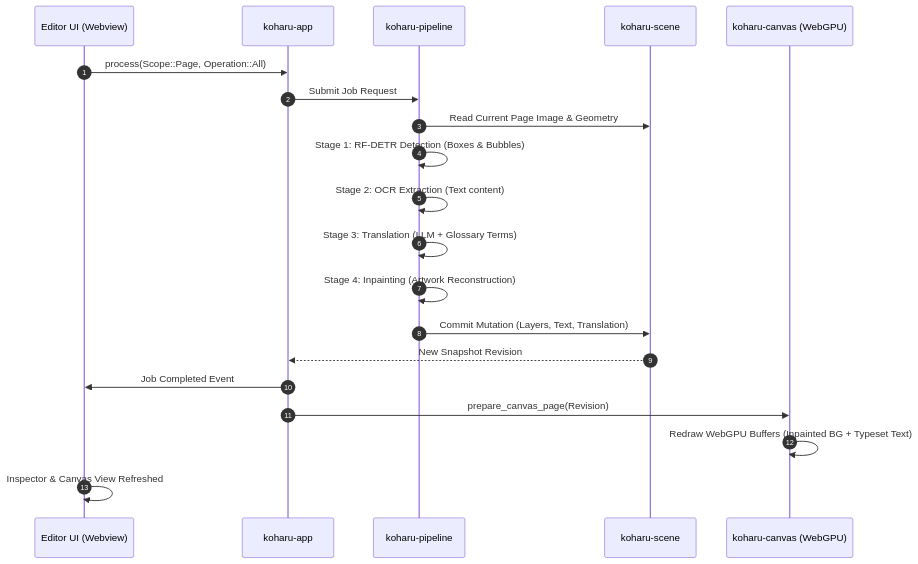
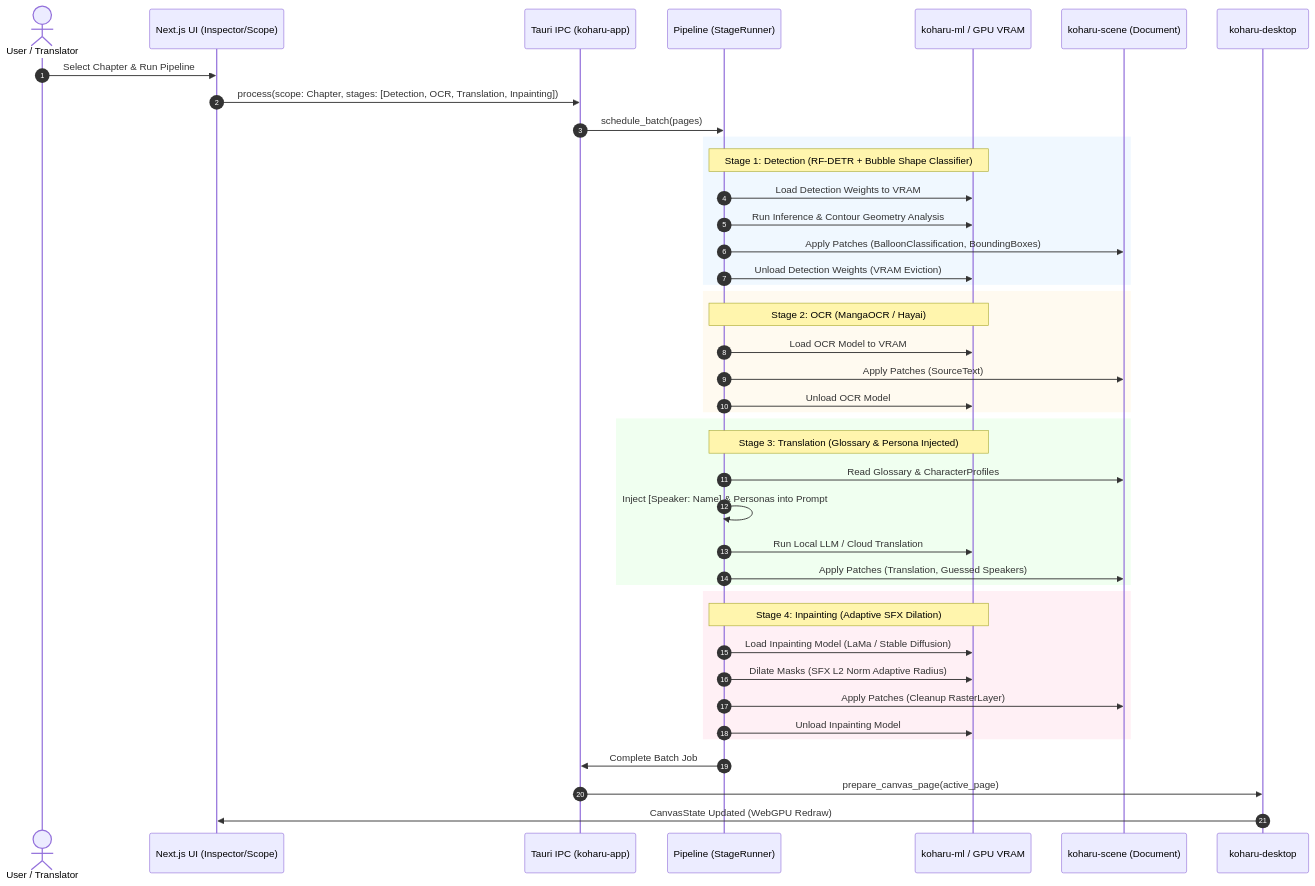
Before and after one commit to T3PM/koharu-custom: the second of 2 diagrams in GEMINI_CONTEXT.md, drawn with Mermaid. The commit also changed other lines of this file and 5 other files, not shown here.

````diff
--- a/GEMINI_CONTEXT.md
+++ b/GEMINI_CONTEXT.md
@@ -179,23 +179,50 @@
 ```mermaid
 sequenceDiagram
     autonumber
-    participant UI as Editor UI (Webview)
-    participant App as koharu-app
-    participant Pipeline as koharu-pipeline
-    participant Scene as koharu-scene
-    participant Canvas as koharu-canvas (WebGPU)
+    actor User as User / Translator
+    participant UI as Next.js UI (Inspector/Scope)
+    participant IPC as Tauri IPC (koharu-app)
+    participant Pipe as Pipeline (StageRunner)
+    participant ML as koharu-ml / GPU VRAM
+    participant Scene as koharu-scene (Document)
+    participant Desktop as koharu-desktop
 
-    UI->>App: process(Scope::Page, Operation::All)
-    App->>Pipeline: Submit Job Request
-    Pipeline->>Scene: Read Current Page Image & Geometry
-    Pipeline->>Pipeline: Stage 1: RF-DETR Detection (Boxes & Bubbles)
-    Pipeline->>Pipeline: Stage 2: OCR Extraction (Text content)
-    Pipeline->>Pipeline: Stage 3: Translation (LLM + Glossary Terms)
-    Pipeline->>Pipeline: Stage 4: Inpainting (Artwork Reconstruction)
-    Pipeline->>Scene: Commit Mutation (Layers, Text, Translation)
-    Scene-->>App: New Snapshot Revision
-    App->>UI: Job Completed Event
-    App->>Canvas: prepare_canvas_page(Revision)
-    Canvas->>Canvas: Redraw WebGPU Buffers (Inpainted BG + Typeset Text)
-    UI->>UI: Inspector & Canvas View Refreshed
+    User->>UI: Select Chapter & Run Pipeline
+    UI->>IPC: process(scope: Chapter, stages: [Detection, OCR, Translation, Inpainting])
+    IPC->>Pipe: schedule_batch(pages)
+    
+    rect rgb(240, 248, 255)
+        Note over Pipe,ML: Stage 1: Detection (RF-DETR + Bubble Shape Classifier)
+        Pipe->>ML: Load Detection Weights to VRAM
+        Pipe->>ML: Run Inference & Contour Geometry Analysis
+        Pipe->>Scene: Apply Patches (BalloonClassification, BoundingBoxes)
+        Pipe->>ML: Unload Detection Weights (VRAM Eviction)
+    end
+
+    rect rgb(255, 250, 240)
+        Note over Pipe,ML: Stage 2: OCR (MangaOCR / Hayai)
+        Pipe->>ML: Load OCR Model to VRAM
+        Pipe->>Scene: Apply Patches (SourceText)
+        Pipe->>ML: Unload OCR Model
+    end
+
+    rect rgb(240, 255, 240)
+        Note over Pipe,ML: Stage 3: Translation (Glossary & Persona Injected)
+        Pipe->>Scene: Read Glossary & CharacterProfiles
+        Pipe->>Pipe: Inject [Speaker: Name] & Personas into Prompt
+        Pipe->>ML: Run Local LLM / Cloud Translation
+        Pipe->>Scene: Apply Patches (Translation, Guessed Speakers)
+    end
+
+    rect rgb(255, 240, 245)
+        Note over Pipe,ML: Stage 4: Inpainting (Adaptive SFX Dilation)
+        Pipe->>ML: Load Inpainting Model (LaMa / Stable Diffusion)
+        Pipe->>ML: Dilate Masks (SFX L2 Norm Adaptive Radius)
+        Pipe->>Scene: Apply Patches (Cleanup RasterLayer)
+        Pipe->>ML: Unload Inpainting Model
+    end
+
+    Pipe->>IPC: Complete Batch Job
+    IPC->>Desktop: prepare_canvas_page(active_page)
+    Desktop->>UI: CanvasState Updated (WebGPU Redraw)
 ```
````
